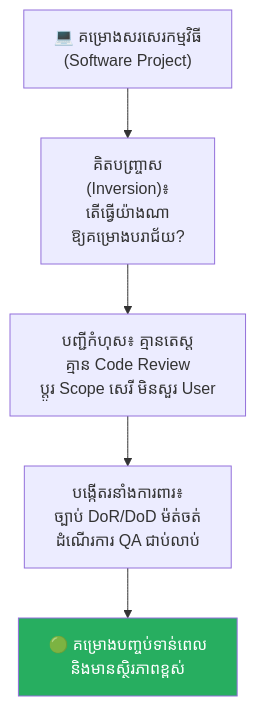
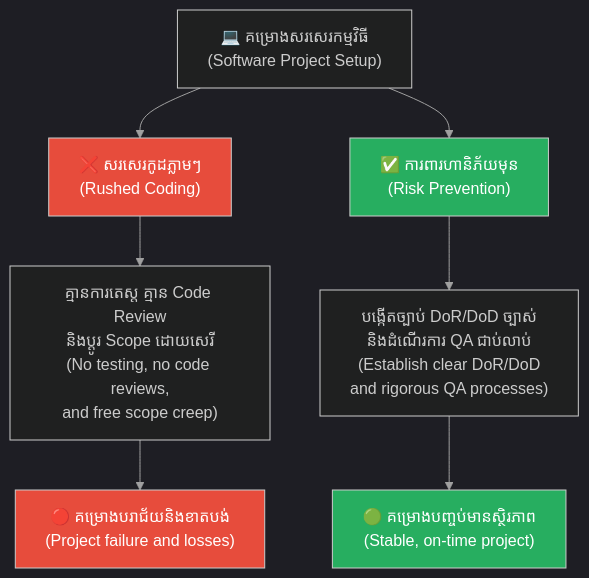
Before and after one commit to GuideStack/iblogger-feeds: the second of 5 diagrams in feeds/concepts/articles/09-inversion-principle.md, drawn with Mermaid. The commit also changed other lines of this file, not shown here.

Commit message:
docs: upgrade 09-inversion-principle.md to bilingual layout and styled diagrams

````diff
--- a/feeds/concepts/articles/09-inversion-principle.md
+++ b/feeds/concepts/articles/09-inversion-principle.md
@@ -106,9 +181,25 @@
 ```mermaid
+%%{init: {
+  'theme': 'dark',
+  'themeVariables': {
+    'background': '#1e1e1e',
+    'primaryTextColor': '#ffffff',
+    'lineColor': '#a0a0a0'
+  },
+  'themeCSS': 'svg { background-color: #1e1e1e !important; padding: 1rem !important; border-radius: 8px !important; } .edgeLabel rect { fill: #1e1e1e !important; } text, tspan { fill: #ffffff !important; }'
+}}%%
 graph TD
-    A["💻 គម្រោងសរសេរកម្មវិធី<br/>(Software Project)"] --> B["គិតបញ្ច្រាស<br/>(Inversion)៖<br/>តើធ្វើយ៉ាងណា<br/>ឱ្យគម្រោងបរាជ័យ?"]
-    B --> C["បញ្ជីកំហុស៖ គ្មានតេស្ត<br/>គ្មាន Code Review<br/>ប្តូរ Scope សេរី មិនសួរ User"]
-    C --> D["បង្កើតរនាំងការពារ៖<br/>ច្បាប់ DoR/DoD ម៉ត់ចត់<br/>ដំណើរការ QA ជាប់លាប់"]
-    D --> E["🟢 គម្រោងបញ្ចប់ទាន់ពេល<br/>និងមានស្ថិរភាពខ្ពស់"]
+    A["💻 គម្រោងសរសេរកម្មវិធី<br/>(Software Project Setup)"] --> B1["❌ សរសេរកូដភ្លាមៗ<br/>(Rushed Coding)"]
+    A --> B2["✅ ការពារហានិភ័យមុន<br/>(Risk Prevention)"]
 
-    style E fill:#27ae60,color:#fff
+    B1 --> C1["គ្មានការតេស្ត គ្មាន Code Review<br/>និងប្តូរ Scope ដោយសេរី<br/>(No testing, no code reviews,<br/>and free scope creep)"]
+    C1 --> D1["🔴 គម្រោងបរាជ័យនិងខាតបង់<br/>(Project failure and losses)"]
+
+    B2 --> C2["បង្កើតច្បាប់ DoR/DoD ច្បាស់<br/>និងដំណើរការ QA ជាប់លាប់<br/>(Establish clear DoR/DoD<br/>and rigorous QA processes)"]
+    C2 --> D2["🟢 គម្រោងបញ្ចប់មានស្ថិរភាព<br/>(Stable, on-time project)"]
+
+    style B1 fill:#e74c3c,color:#fff
+    style B2 fill:#27ae60,color:#fff
+    style D1 fill:#e74c3c,color:#fff
+    style D2 fill:#27ae60,color:#fff
 ```
````
